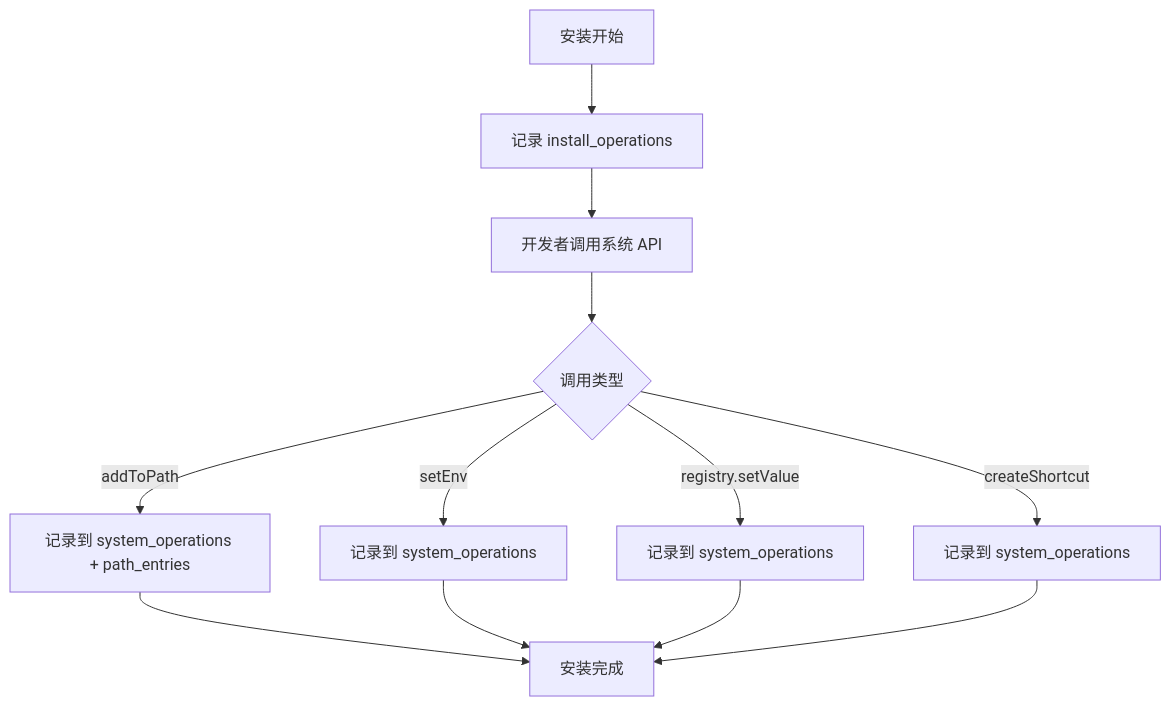
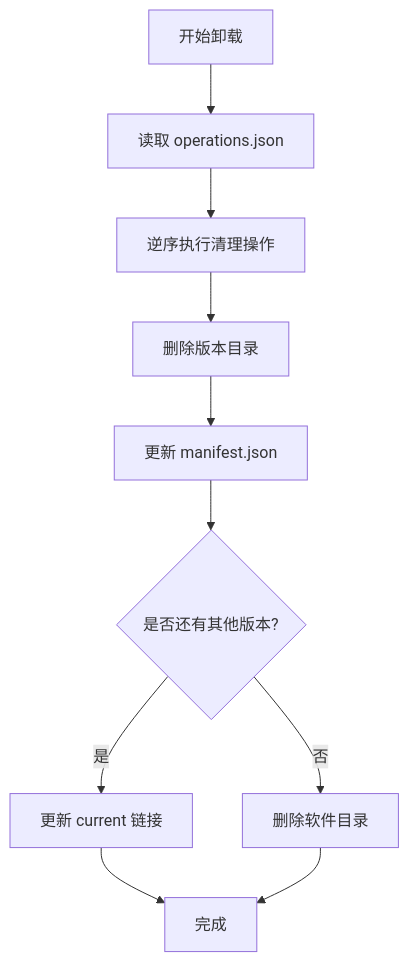
Before and after one commit to morning-start/chopsticks: the second of 3 diagrams in wiki/design/DATABASE.md, drawn with Mermaid. The commit also changed other lines of this file and 10 other files, not shown here.

````diff
--- a/wiki/design/DATABASE.md
+++ b/wiki/design/DATABASE.md
@@ -437,14 +264,12 @@
 ```mermaid
 flowchart TD
-    A[安装开始] --> B[记录 install_operations]
-    B --> C[开发者调用系统 API]
-    C --> D{调用类型}
-    D -->|addToPath| E[记录到 system_operations + path_entries]
-    D -->|setEnv| F[记录到 system_operations]
-    D -->|registry.setValue| G[记录到 system_operations]
-    D -->|createShortcut| H[记录到 system_operations]
-    E --> I[安装完成]
-    F --> I
-    G --> I
+    A[开始卸载] --> B[读取 operations.json]
+    B --> C[逆序执行清理操作]
+    C --> D[删除版本目录]
+    D --> E[更新 manifest.json]
+    E --> F{是否还有其他版本?}
+    F -->|是| G[更新 current 链接]
+    F -->|否| H[删除软件目录]
+    G --> I[完成]
     H --> I
 ```
````
